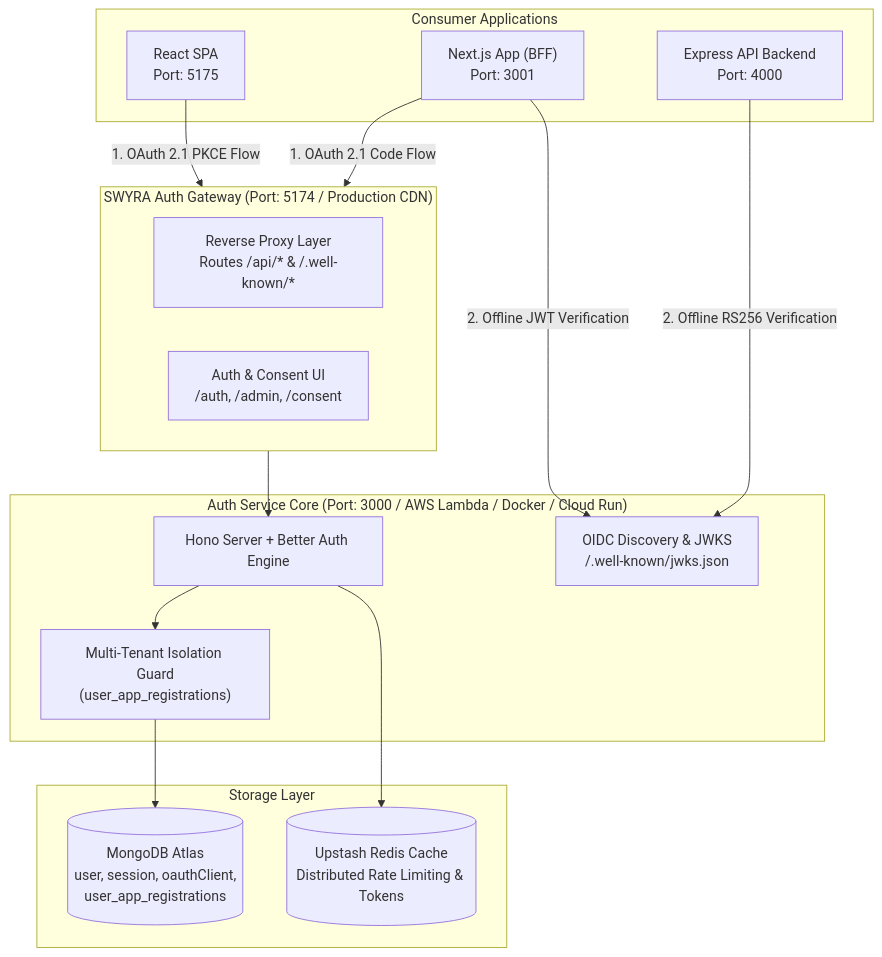
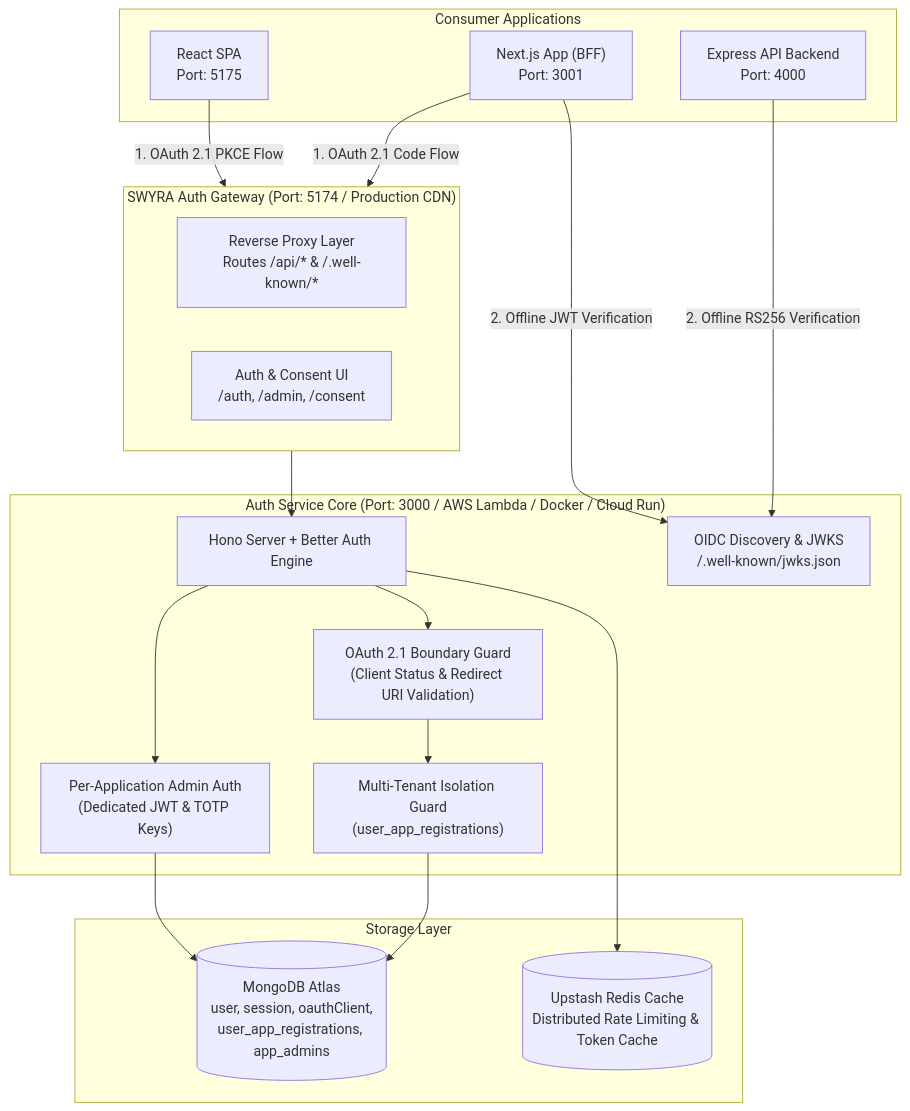
The diagram in README.md (SGOD-pro/OAuth2.1), drawn with Mermaid before and after one commit. The commit also changed other lines of this file and 19 other files, not shown here.

Commit message:
fix(security): enforce OAuth boundary isolation, dedicated App Admin keys, MFA atomic consumption, and streamline docs

````diff
--- a/README.md
+++ b/README.md
@@ -11,33 +11,38 @@
 ```mermaid
 flowchart TD
     subgraph Clients["Consumer Applications"]
         NextApp["Next.js App (BFF)<br/>Port: 3001"]
         ReactApp["React SPA<br/>Port: 5175"]
         ExpressApp["Express API Backend<br/>Port: 4000"]
     end
 
     subgraph Gateway["SWYRA Auth Gateway (Port: 5174 / Production CDN)"]
         ViteProxy["Reverse Proxy Layer<br/>Routes /api/* & /.well-known/*"]
         AuthUI["Auth & Consent UI<br/>/auth, /admin, /consent"]
     end
 
     subgraph Core["Auth Service Core (Port: 3000 / AWS Lambda / Docker / Cloud Run)"]
         HonoApp["Hono Server + Better Auth Engine"]
+        OAuthBoundary["OAuth 2.1 Boundary Guard<br/>(Client Status & Redirect URI Validation)"]
         AppIsolation["Multi-Tenant Isolation Guard<br/>(user_app_registrations)"]
+        AppAdminService["Per-Application Admin Auth<br/>(Dedicated JWT & TOTP Keys)"]
         JWKSEndpoint["OIDC Discovery & JWKS<br/>/.well-known/jwks.json"]
     end
 
     subgraph Data["Storage Layer"]
-        MongoDB[("MongoDB Atlas<br/>user, session, oauthClient,<br/>user_app_registrations")]
-        Redis[("Upstash Redis Cache<br/>Distributed Rate Limiting & Tokens")]
+        MongoDB[("MongoDB Atlas<br/>user, session, oauthClient,<br/>user_app_registrations, app_admins")]
+        Redis[("Upstash Redis Cache<br/>Distributed Rate Limiting & Token Cache")]
     end
 
     NextApp -- "1. OAuth 2.1 Code Flow" --> Gateway
     ReactApp -- "1. OAuth 2.1 PKCE Flow" --> Gateway
     Gateway --> HonoApp
-    HonoApp --> AppIsolation
+    HonoApp --> OAuthBoundary
+    OAuthBoundary --> AppIsolation
     AppIsolation --> MongoDB
+    HonoApp --> AppAdminService
+    AppAdminService --> MongoDB
     HonoApp --> Redis
     ExpressApp -- "2. Offline RS256 Verification" --> JWKSEndpoint
     NextApp -- "2. Offline JWT Verification" --> JWKSEndpoint
 ```
````
